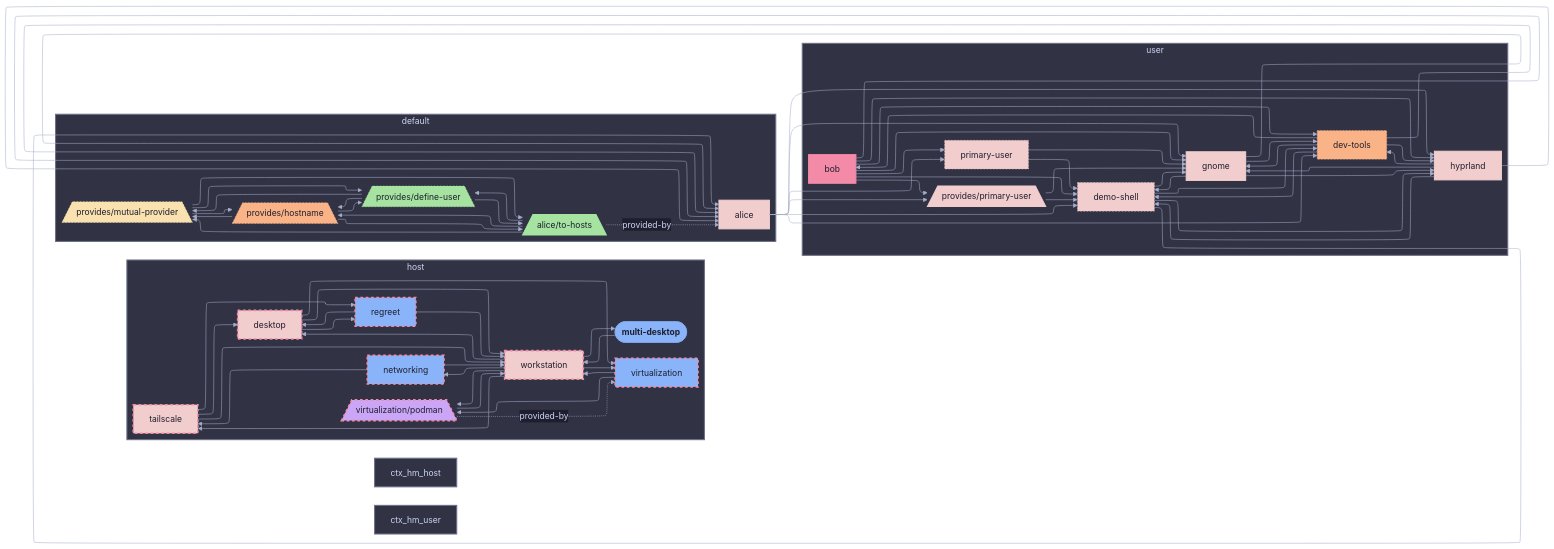
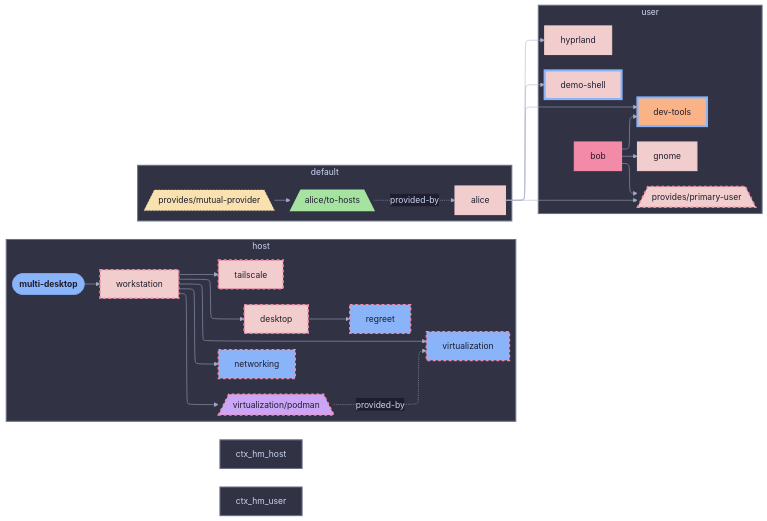
Before and after one commit to sini/den: the diagram in templates/diag-fx-demo/diagrams/multi-desktop-diff-classes.md, drawn with Mermaid. The commit also changed 849 other files, not shown here.

Commit message:
chore: update fx diagrams

```diff
--- a/templates/diag-fx-demo/diagrams/multi-desktop-diff-classes.md
+++ b/templates/diag-fx-demo/diagrams/multi-desktop-diff-classes.md
@@ -16,113 +16,56 @@
   virtualization["virtualization"]:::virtualization_c
   workstation["workstation"]:::workstation_c
   desktop --> regreet
-  desktop --> virtualization
-  desktop --> workstation
   multi_desktop --> workstation
-  networking --> tailscale
-  networking --> workstation
-  regreet --> desktop
-  regreet --> workstation
-  tailscale --> desktop
-  tailscale --> regreet
-  tailscale --> workstation
-  virtualization --> virtualization__podman
-  virtualization --> workstation
   virtualization__podman -.->|provided-by| virtualization
-  virtualization__podman --> workstation
   workstation --> desktop
-  workstation --> multi_desktop
   workstation --> networking
   workstation --> tailscale
   workstation --> virtualization
   workstation --> virtualization__podman
   end
   subgraph ctx_default["default"]
-  den__provides__define_user[/"provides/define-user"\]:::den__provides__define_user_c
-  den__provides__hostname[/"provides/hostname"\]:::den__provides__hostname_c
   den__provides__mutual_provider[/"provides/mutual-provider"\]:::den__provides__mutual_provider_c
   alice__to_hosts[/"alice/to-hosts"\]:::alice__to_hosts_c
   alice__to_hosts -.->|provided-by| alice
-  alice__to_hosts --> den__provides__define_user
-  alice__to_hosts --> den__provides__hostname
-  alice__to_hosts --> den__provides__mutual_provider
-  den__provides__define_user --> alice__to_hosts
-  den__provides__define_user --> den__provides__hostname
-  den__provides__define_user --> den__provides__mutual_provider
-  den__provides__hostname --> alice__to_hosts
-  den__provides__hostname --> den__provides__define_user
-  den__provides__hostname --> den__provides__mutual_provider
   den__provides__mutual_provider --> alice__to_hosts
-  den__provides__mutual_provider --> den__provides__define_user
-  den__provides__mutual_provider --> den__provides__hostname
   end
   subgraph ctx_user["user"]
   alice["alice"]:::alice_c
   bob["bob"]:::bob_c
+  gnome["gnome"]:::gnome_c
+  hyprland["hyprland"]:::hyprland_c
+  den__provides__primary_user[/"provides/primary-user"\]:::den__provides__primary_user_c
   demo_shell["demo-shell"]:::demo_shell_c
   dev_tools["dev-tools"]:::dev_tools_c
-  gnome["gnome"]:::gnome_c
-  hyprland["hyprland"]:::hyprland_c
-  primary_user["primary-user"]:::primary_user_c
-  den__provides__primary_user[/"provides/primary-user"\]:::den__provides__primary_user_c
+  alice --> den__provides__primary_user
+  alice --> hyprland
+  bob --> den__provides__primary_user
+  bob --> gnome
   alice --> demo_shell
-  alice --> den__provides__primary_user
   alice --> dev_tools
-  alice --> gnome
-  alice --> hyprland
-  alice --> primary_user
-  bob --> alice
-  bob --> demo_shell
-  bob --> den__provides__primary_user
   bob --> dev_tools
-  bob --> gnome
-  bob --> hyprland
-  bob --> primary_user
-  demo_shell --> alice
-  demo_shell --> dev_tools
-  demo_shell --> gnome
-  demo_shell --> hyprland
-  den__provides__primary_user --> demo_shell
-  den__provides__primary_user --> gnome
-  dev_tools --> alice
-  dev_tools --> bob
-  dev_tools --> demo_shell
-  dev_tools --> gnome
-  dev_tools --> hyprland
-  gnome --> alice
-  gnome --> demo_shell
-  gnome --> dev_tools
-  gnome --> hyprland
-  hyprland --> alice
-  hyprland --> demo_shell
-  hyprland --> dev_tools
-  hyprland --> gnome
-  primary_user --> demo_shell
-  primary_user --> gnome
   end
 
 
   classDef root fill:#89b4fa,stroke:#89b4fa,color:#1e1e2e,font-weight:bold
   classDef alice_c fill:#f2cdcd,stroke:#f2cdcd,color:#1e1e2e,stroke-width:2px
   classDef bob_c fill:#f38ba8,stroke:#f38ba8,color:#1e1e2e,stroke-width:2px
-  classDef den__provides__define_user_c fill:#a6e3a1,stroke:#a6e3a1,color:#1e1e2e,stroke-dasharray: 3 3,stroke-width:1px
-  classDef demo_shell_c fill:#f2cdcd,stroke:#f2cdcd,color:#1e1e2e,stroke-dasharray: 3 3,stroke-width:1px
   classDef desktop_c fill:#f2cdcd,stroke:#f38ba8,color:#1e1e2e,stroke-dasharray: 5 5,stroke-width:3px
-  classDef dev_tools_c fill:#fab387,stroke:#fab387,color:#1e1e2e,stroke-dasharray: 3 3,stroke-width:1px
   classDef gnome_c fill:#f2cdcd,stroke:#f2cdcd,color:#1e1e2e,stroke-width:2px
-  classDef den__provides__hostname_c fill:#fab387,stroke:#fab387,color:#1e1e2e,stroke-dasharray: 3 3,stroke-width:1px
   classDef hyprland_c fill:#f2cdcd,stroke:#f2cdcd,color:#1e1e2e,stroke-width:2px
   classDef multi_desktop_c fill:#f2cdcd,stroke:#f38ba8,color:#1e1e2e,stroke-dasharray: 5 5,stroke-width:3px
   classDef den__provides__mutual_provider_c fill:#f9e2af,stroke:#f9e2af,color:#1e1e2e,stroke-dasharray: 3 3,stroke-width:1px
   classDef networking_c fill:#89b4fa,stroke:#f38ba8,color:#1e1e2e,stroke-dasharray: 5 5,stroke-width:3px
   classDef virtualization__podman_c fill:#cba6f7,stroke:#f38ba8,color:#1e1e2e,stroke-dasharray: 5 5,stroke-width:3px
-  classDef primary_user_c fill:#f2cdcd,stroke:#f2cdcd,color:#1e1e2e,stroke-dasharray: 3 3,stroke-width:1px
-  classDef den__provides__primary_user_c fill:#f2cdcd,stroke:#f2cdcd,color:#1e1e2e,stroke-width:2px
+  classDef den__provides__primary_user_c fill:#f2cdcd,stroke:#f38ba8,color:#1e1e2e,stroke-dasharray: 5 5,stroke-width:3px
   classDef regreet_c fill:#89b4fa,stroke:#f38ba8,color:#1e1e2e,stroke-dasharray: 5 5,stroke-width:3px
   classDef tailscale_c fill:#f2cdcd,stroke:#f38ba8,color:#1e1e2e,stroke-dasharray: 5 5,stroke-width:3px
   classDef alice__to_hosts_c fill:#a6e3a1,stroke:#a6e3a1,color:#1e1e2e,stroke-width:2px
   classDef virtualization_c fill:#89b4fa,stroke:#f38ba8,color:#1e1e2e,stroke-dasharray: 5 5,stroke-width:3px
   classDef workstation_c fill:#f2cdcd,stroke:#f38ba8,color:#1e1e2e,stroke-dasharray: 5 5,stroke-width:3px
+  classDef demo_shell_c fill:#f2cdcd,stroke:#89b4fa,color:#1e1e2e,stroke-width:4px
+  classDef dev_tools_c fill:#fab387,stroke:#89b4fa,color:#1e1e2e,stroke-width:4px
 style ctx_host fill:#313244,stroke:#6c7086,stroke-width:2px
 style ctx_default fill:#313244,stroke:#6c7086,stroke-width:2px
 style ctx_hm_host fill:#313244,stroke:#6c7086,stroke-width:2px
```
